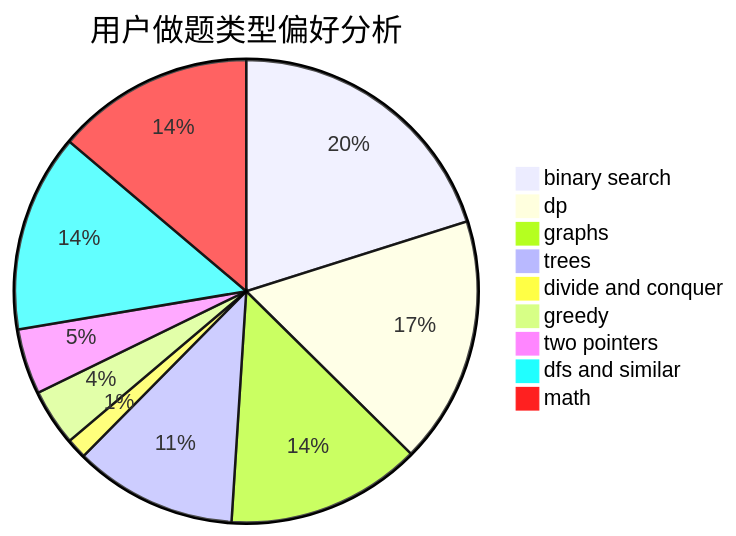
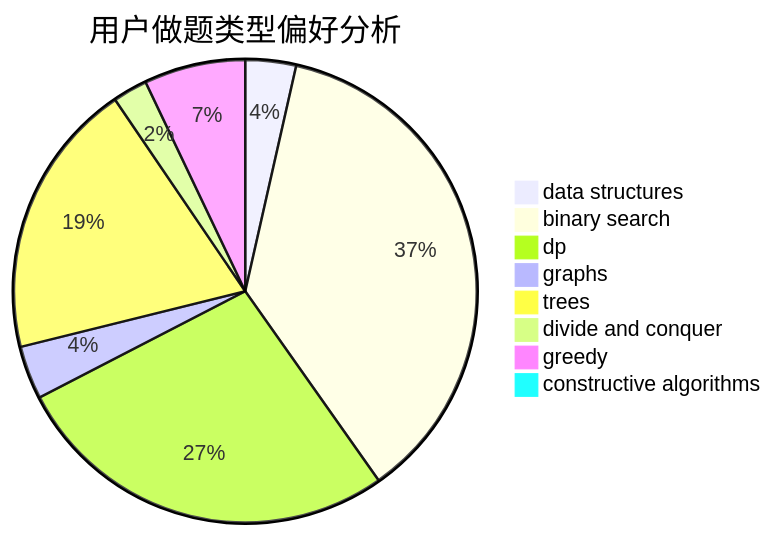
Before and after one commit to sherpahu/cfrs.github.io: the second of 3 diagrams in docs/user/u2281.md, drawn with Mermaid. The commit also changed other lines of this file and 2775 other files, not shown here.

````diff
--- a/docs/user/u2281.md
+++ b/docs/user/u2281.md
@@ -23,12 +23,11 @@
 ```mermaid
 pie title 用户做题类型偏好分析
-    "binary search" :  198
-    "dp" :  170
-    "graphs" :  134
-    "trees" :  112
-    "divide and conquer" :  14
-    "greedy" :  39
-    "two pointers" :  45
-    "dfs and similar" :  136
-    "math" :  136
+    "data structures" :  19
+    "binary search" :  197
+    "dp" :  146
+    "graphs" :  20
+    "trees" :  104
+    "divide and conquer" :  13
+    "greedy" :  38
+    "constructive algorithms" :  1
 ```
````
